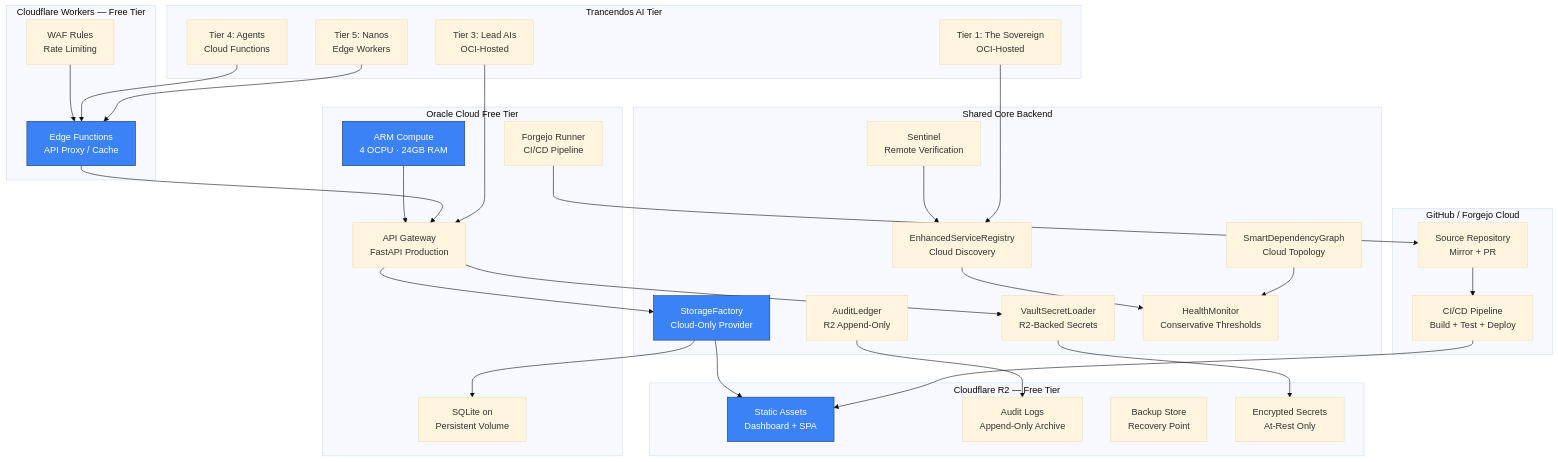
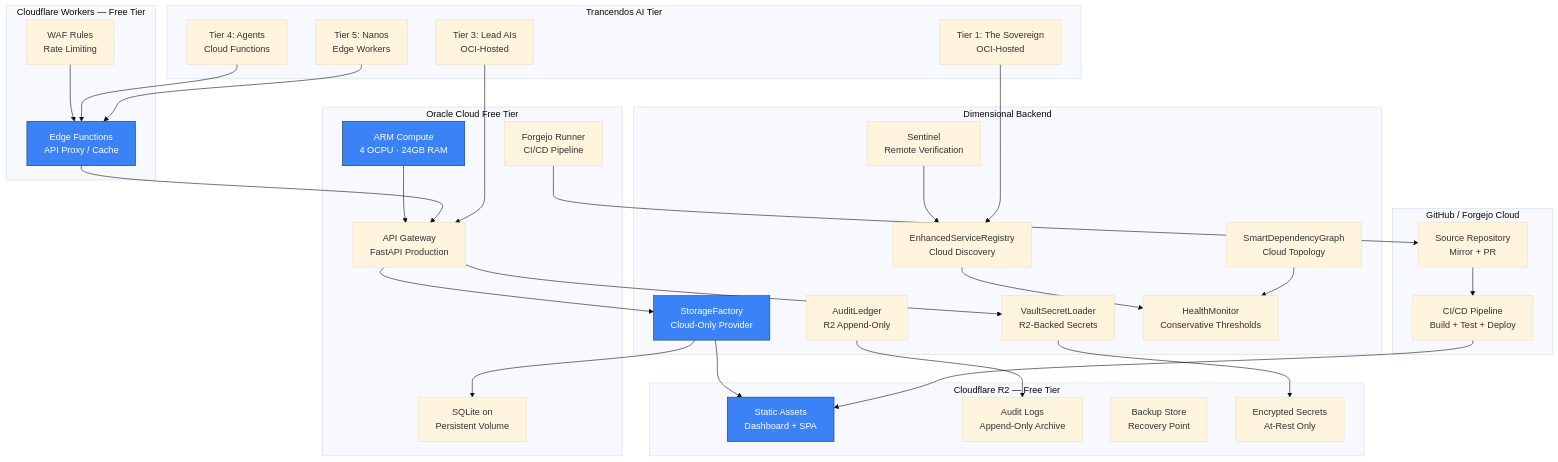
One commit to Trancendos/Tranc3 changed the third of 5 diagrams in docs/architecture/infrastructure-modes.md. Above: the diagram before and after it, drawn with Mermaid (base theme). The commit also changed other lines of this file and 5 other files, not shown here.

First line of the commit message:
fix: update remaining 'Shared Core' text references to 'Dimensional'

````diff
--- a/docs/architecture/infrastructure-modes.md
+++ b/docs/architecture/infrastructure-modes.md
@@ -162,73 +162,73 @@
 ```mermaid
 graph TB
     subgraph "Oracle Cloud Free Tier"
         OCI_COMPUTE[ARM Compute<br/>4 OCPU · 24GB RAM]
         OCI_API[API Gateway<br/>FastAPI Production]
         OCI_CI[Forgejo Runner<br/>CI/CD Pipeline]
         OCI_DB[SQLite on<br/>Persistent Volume]
     end
 
     subgraph "Cloudflare R2 — Free Tier"
         R2_ASSETS[Static Assets<br/>Dashboard + SPA]
         R2_LOGS[Audit Logs<br/>Append-Only Archive]
         R2_BACKUP[Backup Store<br/>Recovery Point]
         R2_SECRETS[Encrypted Secrets<br/>At-Rest Only]
     end
 
     subgraph "Cloudflare Workers — Free Tier"
         CW_EDGE[Edge Functions<br/>API Proxy / Cache]
         CW_WAF[WAF Rules<br/>Rate Limiting]
     end
 
     subgraph "GitHub / Forgejo Cloud"
         GH_REPO[Source Repository<br/>Mirror + PR]
         GH_CI[CI/CD Pipeline<br/>Build + Test + Deploy]
     end
 
-    subgraph "Shared Core Backend"
+    subgraph "Dimensional Backend"
         SF[StorageFactory<br/>Cloud-Only Provider]
         VL[VaultSecretLoader<br/>R2-Backed Secrets]
         AL[AuditLedger<br/>R2 Append-Only]
         SN[Sentinel<br/>Remote Verification]
         RG[EnhancedServiceRegistry<br/>Cloud Discovery]
         HM[HealthMonitor<br/>Conservative Thresholds]
         DG[SmartDependencyGraph<br/>Cloud Topology]
     end
 
     subgraph "Trancendos AI Tier"
         T1[Tier 1: The Sovereign<br/>OCI-Hosted]
         T3[Tier 3: Lead AIs<br/>OCI-Hosted]
         T4[Tier 4: Agents<br/>Cloud Functions]
         T5[Tier 5: Nanos<br/>Edge Workers]
     end
 
     OCI_COMPUTE --> OCI_API
     OCI_API --> SF
     OCI_API --> VL
     OCI_CI --> GH_REPO
     
     SF --> R2_ASSETS
     SF --> OCI_DB
     VL --> R2_SECRETS
     AL --> R2_LOGS
     
     CW_EDGE --> OCI_API
     CW_WAF --> CW_EDGE
     
     GH_CI --> R2_ASSETS
     GH_REPO --> GH_CI
     
     RG --> HM
     SN --> RG
     DG --> HM
     
     T1 --> RG
     T3 --> OCI_API
     T4 --> CW_EDGE
     T5 --> CW_EDGE
 
     style OCI_COMPUTE fill:#3B82F6,stroke:#1E3A5F,color:white
     style R2_ASSETS fill:#3B82F6,stroke:#1E3A5F,color:white
     style SF fill:#3B82F6,stroke:#1E3A5F,color:white
     style CW_EDGE fill:#3B82F6,stroke:#1E3A5F,color:white
 ```
````
